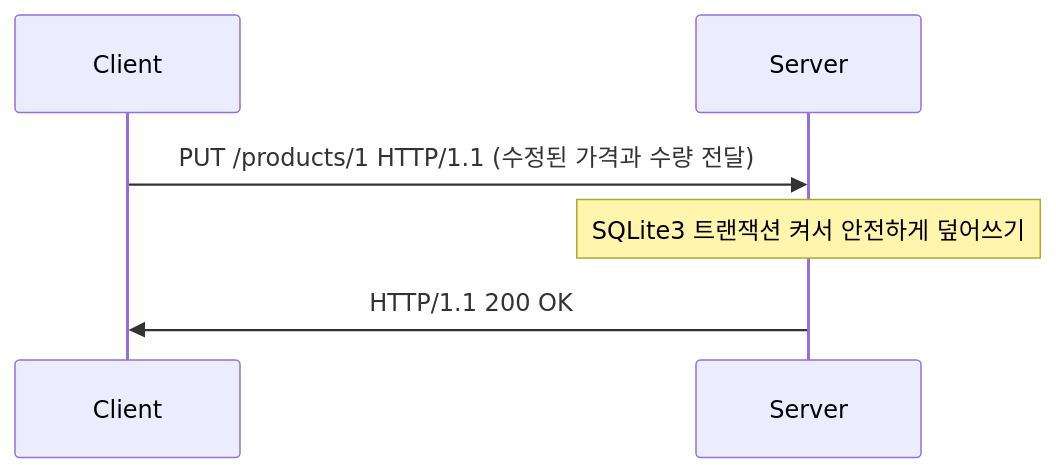
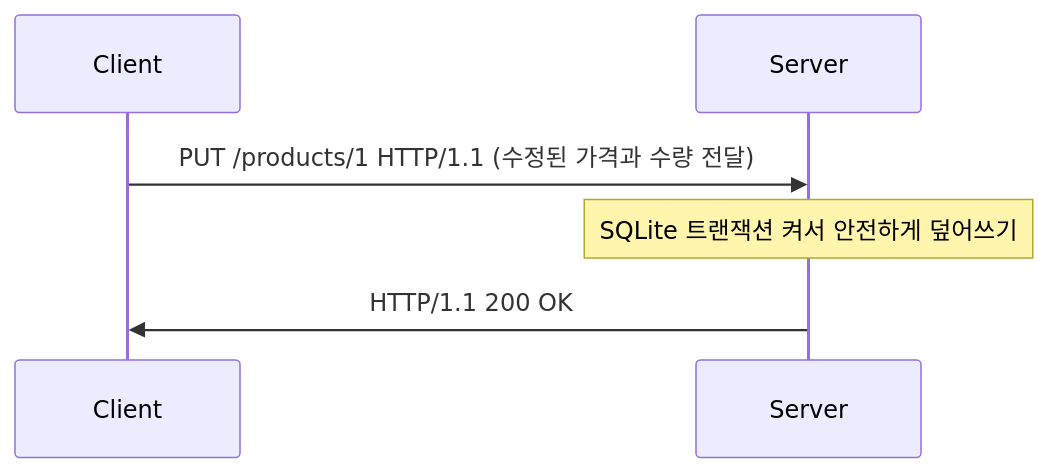
Before and after one commit to a1paka12/ComputerNetworkTask: the fifth of 8 diagrams in README.md, drawn with Mermaid. The commit also changed other lines of this file and 10 other files, not shown here.

````diff
--- a/README.md
+++ b/README.md
@@ -448,6 +438,6 @@
     ```mermaid
     sequenceDiagram
         Client->>Server: PUT /products/1 HTTP/1.1 (수정된 가격과 수량 전달)
-        Note over Server: SQLite3 트랜잭션 켜서 안전하게 덮어쓰기
+        Note over Server: SQLite 트랜잭션 켜서 안전하게 덮어쓰기
         Server->>Client: HTTP/1.1 200 OK
     ```
````
